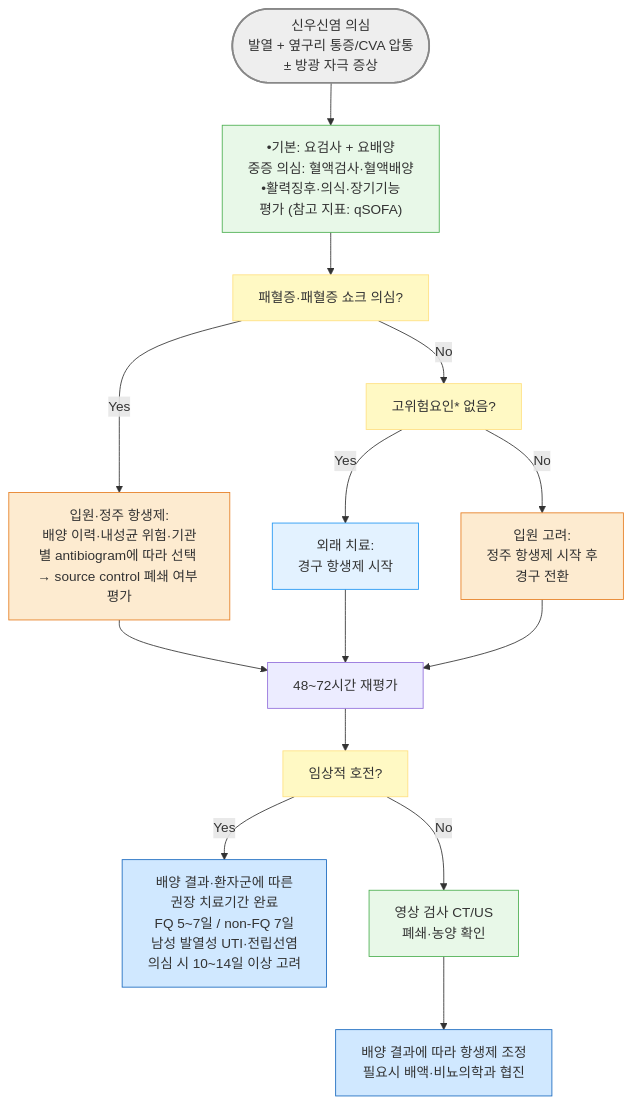
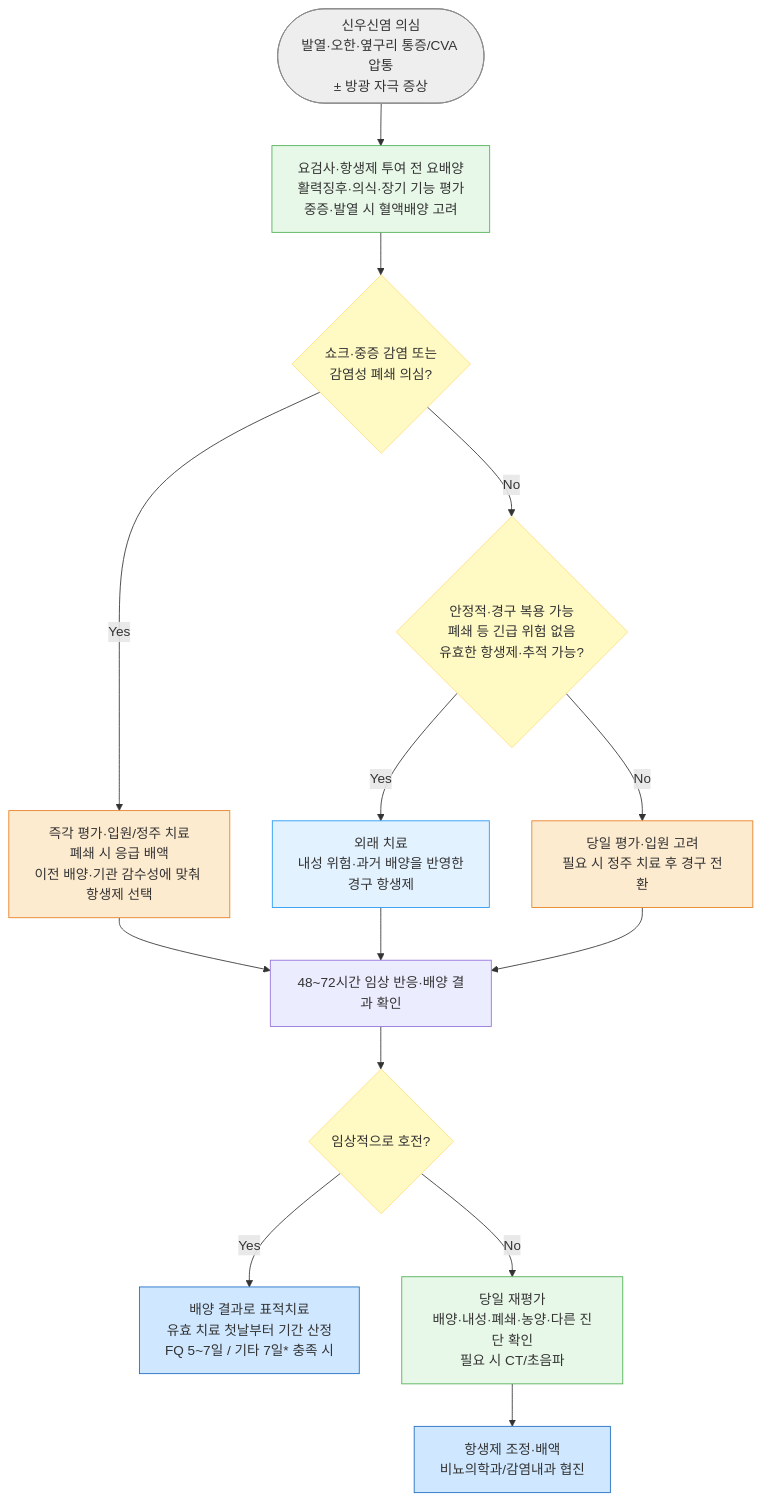
One commit to familyoh77/familyoh77 changed the diagram in 227_/119_-acute-pyelonephritis-uncomplicated.md. Above: the diagram before and after it, drawn with Mermaid. The commit also changed other lines of this file and 2 other files, not shown here.

````diff
--- a/227_/119_-acute-pyelonephritis-uncomplicated.md
+++ b/227_/119_-acute-pyelonephritis-uncomplicated.md
@@ -101,28 +101,29 @@
 ```mermaid
 graph TD
-    Start(["신우신염 의심<br>발열 + 옆구리 통증/CVA 압통 <br>± 방광 자극 증상"]) --> UA["•기본: 요검사 + 요배양<br>중증 의심: 혈액검사·혈액배양<br>•활력징후·의식·장기기능 <br>평가 (참고 지표: qSOFA)"]
-    UA --> Q1["패혈증·패혈증 쇼크 의심?"]
-    Q1 -->|Yes| Admit1["입원·정주 항생제:<br>배양 이력·내성균 위험·기관별 antibiogram에 따라 선택 <br>→ source control 폐쇄 여부 평가"]
-    Q1 -->|No| Q2["고위험요인* 없음?"]
-    Q2 -->|Yes| OP["외래 치료:<br>경구 항생제 시작"]
-    Q2 -->|No| Admit2["입원 고려:<br>정주 항생제 시작 후 <br>경구 전환"]
-    OP --> FU["48~72시간 재평가"]
+    Start(["신우신염 의심<br>발열·오한·옆구리 통증/CVA 압통<br>± 방광 자극 증상"]) --> UA["요검사·항생제 투여 전 요배양<br>활력징후·의식·장기 기능 평가<br>중증·발열 시 혈액배양 고려"]
+    UA --> Q1{"쇼크·중증 감염 또는<br>감염성 폐쇄 의심?"}
+    Q1 -->|Yes| Admit1["즉각 평가·입원/정주 치료<br>폐쇄 시 응급 배액<br>이전 배양·기관 감수성에 맞춰 항생제 선택"]
+    Q1 -->|No| Q2{"안정적·경구 복용 가능<br>폐쇄 등 긴급 위험 없음<br>유효한 항생제·추적 가능?"}
+    Q2 -->|Yes| OP["외래 치료<br>내성 위험·과거 배양을 반영한<br>경구 항생제"]
+    Q2 -->|No| Admit2["당일 평가·입원 고려<br>필요 시 정주 치료 후 경구 전환"]
+    OP --> FU["48~72시간 임상 반응·배양 결과 확인"]
     Admit1 --> FU
     Admit2 --> FU
-    FU --> Q3["임상적 호전?"]
-    Q3 -->|Yes| Complete["배양 결과·환자군에 따른 <br>권장 치료기간 완료<br>FQ 5~7일 / non-FQ 7일<br>남성 발열성 UTI·전립선염 <br>의심 시 10~14일 이상 고려"]
-    Q3 -->|No| Image["영상 검사 CT/US<br>폐쇄·농양 확인"]
-    Image --> Adjust["배양 결과에 따라 항생제 조정<br>필요시 배액·비뇨의학과 협진"]
+    FU --> Q3{"임상적으로 호전?"}
+    Q3 -->|Yes| Complete["배양 결과로 표적치료<br>유효 치료 첫날부터 기간 산정<br>FQ 5~7일 / 기타 7일* 충족 시"]
+    Q3 -->|No| Image["당일 재평가<br>배양·내성·폐쇄·농양·다른 진단 확인<br>필요 시 CT/초음파"]
+    Image --> Adjust["항생제 조정·배액<br>비뇨의학과/감염내과 협진"]
 
-    style Start fill:#eeeeee,stroke:#888888,stroke-width:2px
-classDef lightGreen fill:#e8f8e8,stroke:#4caf50
-class UA,Image lightGreen
-classDef yellow fill:#fff9c4,stroke:#ffe082
-class Q1,Q2,Q3 yellow
-classDef sky fill:#e3f2ff,stroke:#2196f3
-class OP sky
-classDef orange fill:#fdebd0,stroke:#e67e22
-class Admit2,Admit1 orange
-classDef blue fill:#d0e8ff,stroke:#1a6abf
-class Complete,Adjust blue
+    classDef neutral fill:#eeeeee,stroke:#888888
+    classDef test fill:#e8f8e8,stroke:#4caf50
+    classDef decision fill:#fff9c4,stroke:#ffe082
+    classDef outpatient fill:#e3f2ff,stroke:#2196f3
+    classDef admission fill:#fdebd0,stroke:#e67e22
+    classDef result fill:#d0e8ff,stroke:#1a6abf
+    class Start neutral
+    class UA,Image test
+    class Q1,Q2,Q3 decision
+    class OP outpatient
+    class Admit1,Admit2 admission
+    class Complete,Adjust result
 ```
````
